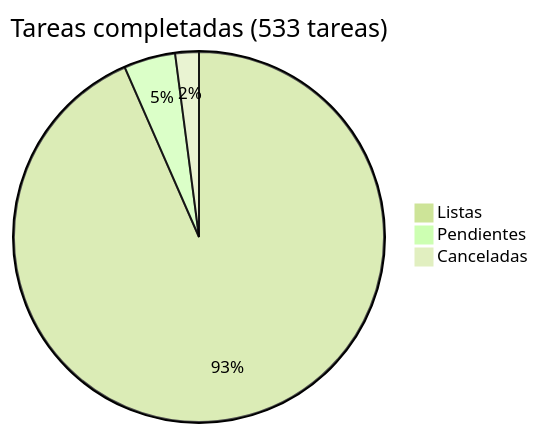
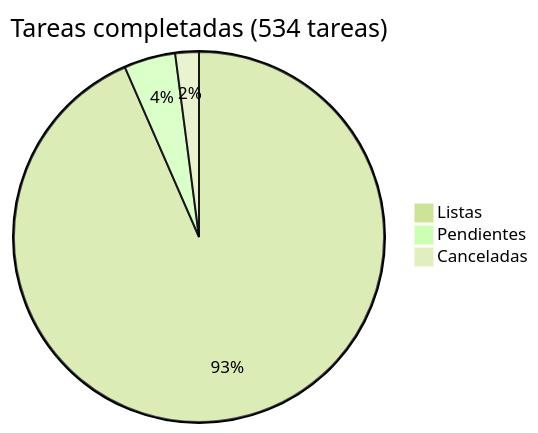
One commit to araguaney-org/araguaney changed the diagram in docs/roadmap/README.md. Above: the diagram before and after it, drawn with Mermaid (forest theme). The commit also changed other lines of this file and 7 other files, not shown here.

````diff
--- a/docs/roadmap/README.md
+++ b/docs/roadmap/README.md
@@ -5,6 +5,6 @@
 ```mermaid
-pie title Tareas completadas (533 tareas)
-    "Listas" : 498
+pie title Tareas completadas (534 tareas)
+    "Listas" : 499
     "Pendientes" : 24
     "Canceladas" : 11
 ```
````
